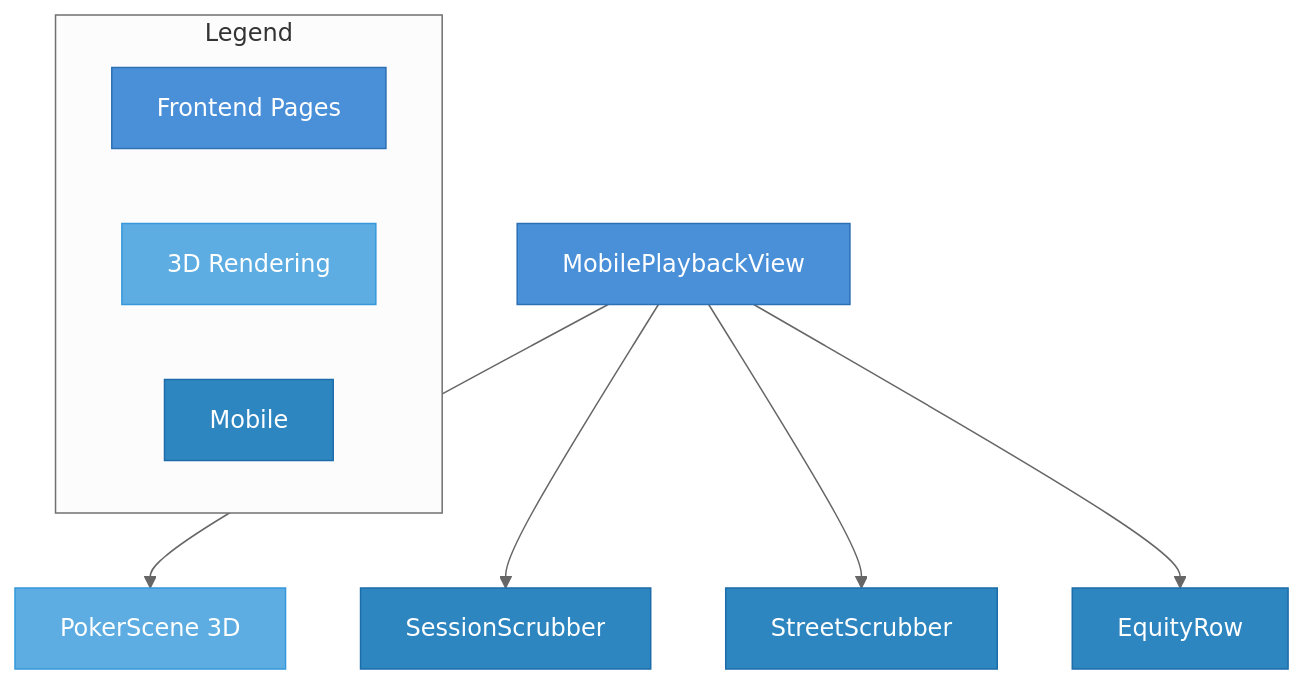
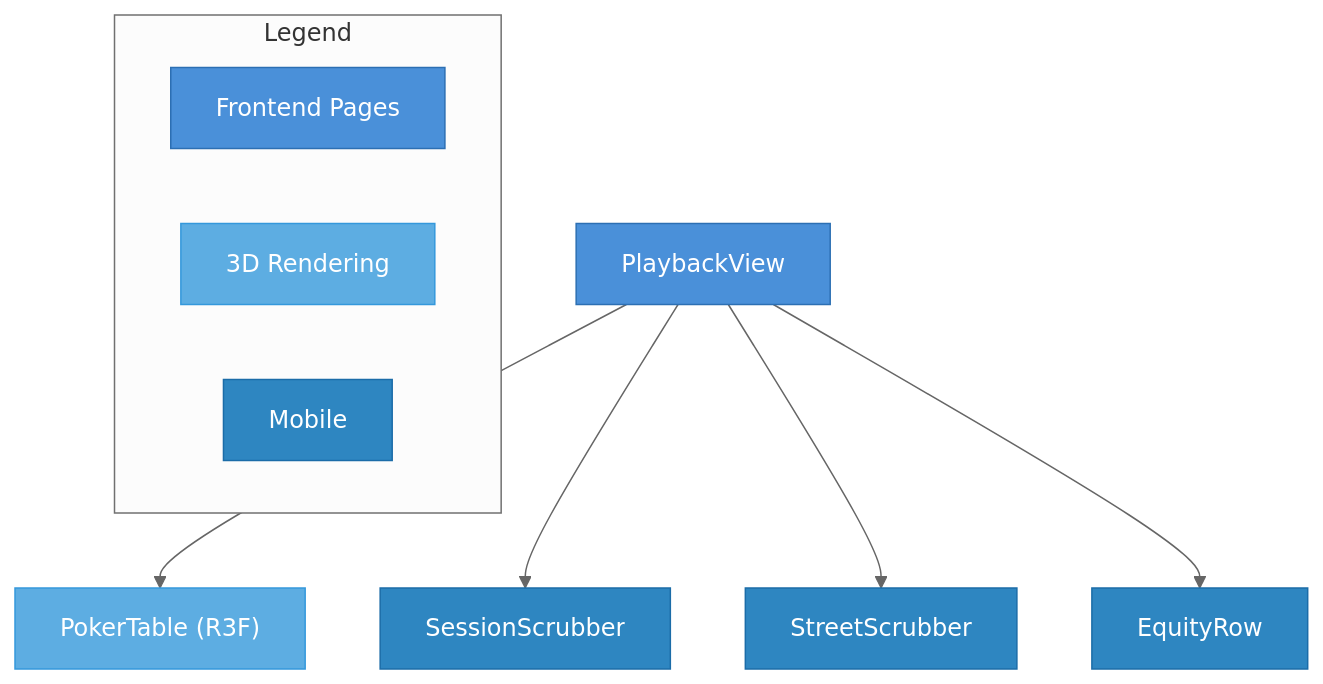
Before and after one commit to achung123/aia-core: the fourth of 6 diagrams in docs/frontend/architecture.md, drawn with Mermaid (neutral theme). The commit also changed other lines of this file and 224 other files, not shown here.

````diff
--- a/docs/frontend/architecture.md
+++ b/docs/frontend/architecture.md
@@ -295,24 +322,24 @@
 ```mermaid
 flowchart TD
-    MPV["MobilePlaybackView"]:::fe
-    PS["PokerScene 3D"]:::fe3d
+    PV["PlaybackView"]:::fe
+    PS["PokerTable (R3F)"]:::fe3d
     SS["SessionScrubber"]:::mob
     StS["StreetScrubber"]:::mob
     EQ["EquityRow"]:::mob
 
-    MPV --> PS
-    MPV --> SS
-    MPV --> StS
-    MPV --> EQ
+    PV --> PS
+    PV --> SS
+    PV --> StS
+    PV --> EQ
 
     classDef fe fill:#4A90D9,stroke:#2C6FB3,color:#FFFFFF
     classDef fe3d fill:#5DADE2,stroke:#3498DB,color:#FFFFFF
     classDef mob fill:#2E86C1,stroke:#1B6CA8,color:#FFFFFF
 
     subgraph Legend
         direction LR
         L1[Frontend Pages]:::fe
         L2[3D Rendering]:::fe3d
         L3[Mobile]:::mob
     end
 ```
````
